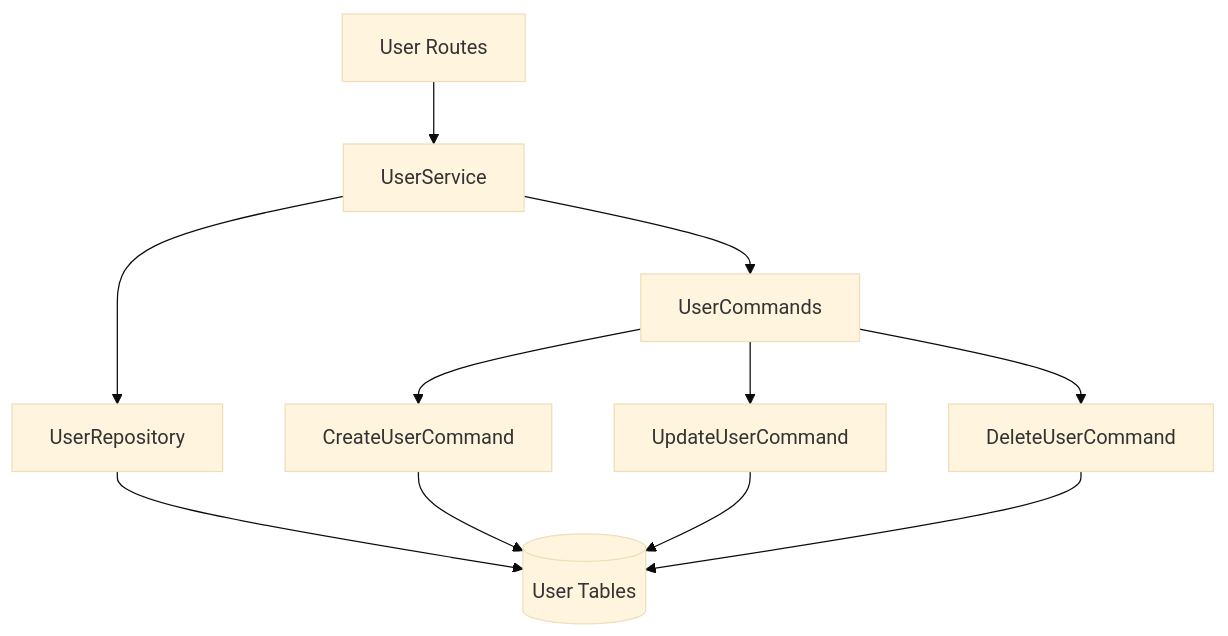
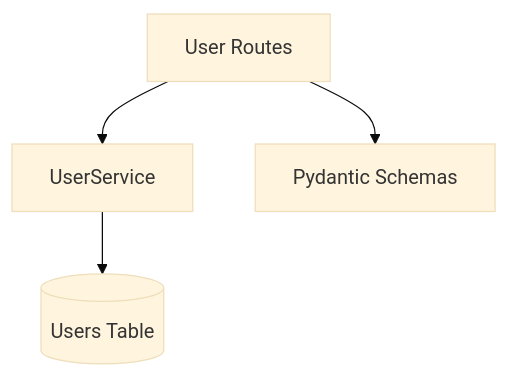
The diagram in docs/02-architecture/backend/contexts/user-management/architecture.md (ogghst/backcast), drawn with Mermaid (base theme) before and after one commit. The commit also changed other lines of this file and 31 other files, not shown here.

First line of the commit message:
docs: update architecture documentation timestamps and fix critical issues

````diff
--- a/docs/02-architecture/backend/contexts/user-management/architecture.md
+++ b/docs/02-architecture/backend/contexts/user-management/architecture.md
@@ -16,13 +18,6 @@
 ```mermaid
 graph TB
     A[User Routes] --> B[UserService]
-    B --> C[UserRepository]
-    B --> D[UserCommands]
-    D --> E[CreateUserCommand]
-    D --> F[UpdateUserCommand]
-    D --> G[DeleteUserCommand]
-    C --> H[(User Tables)]
-    E --> H
-    F --> H
-    G --> H
+    B --> C[(Users Table)]
+    A --> D[Pydantic Schemas]
 ```
````
